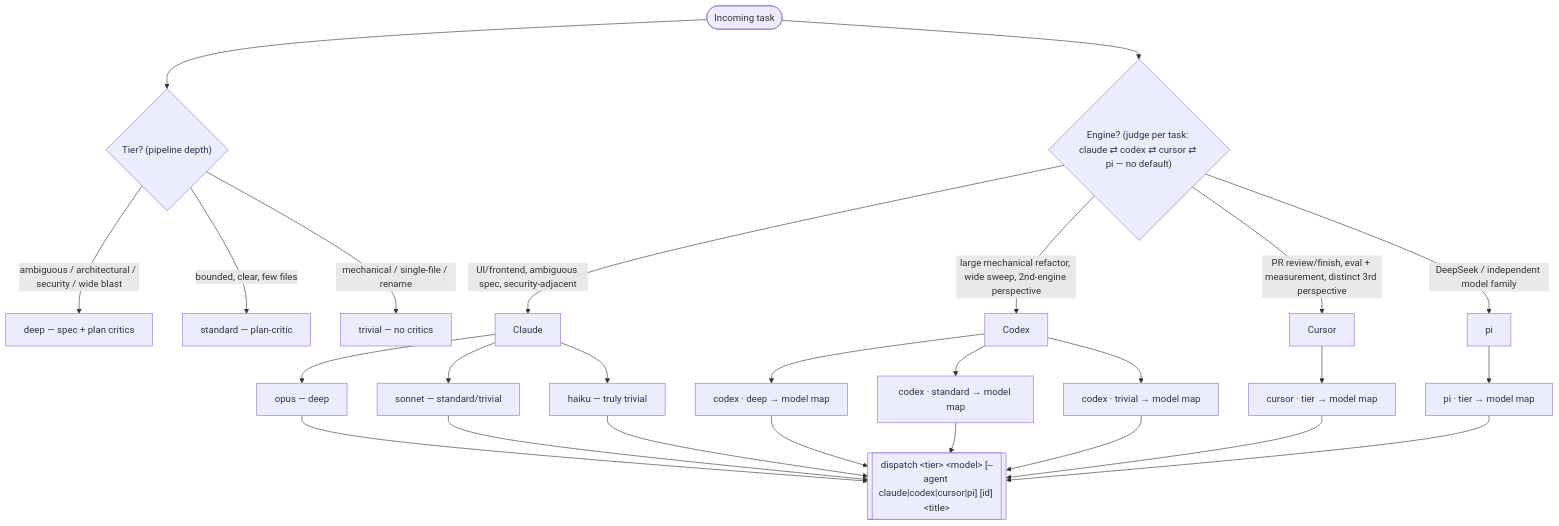
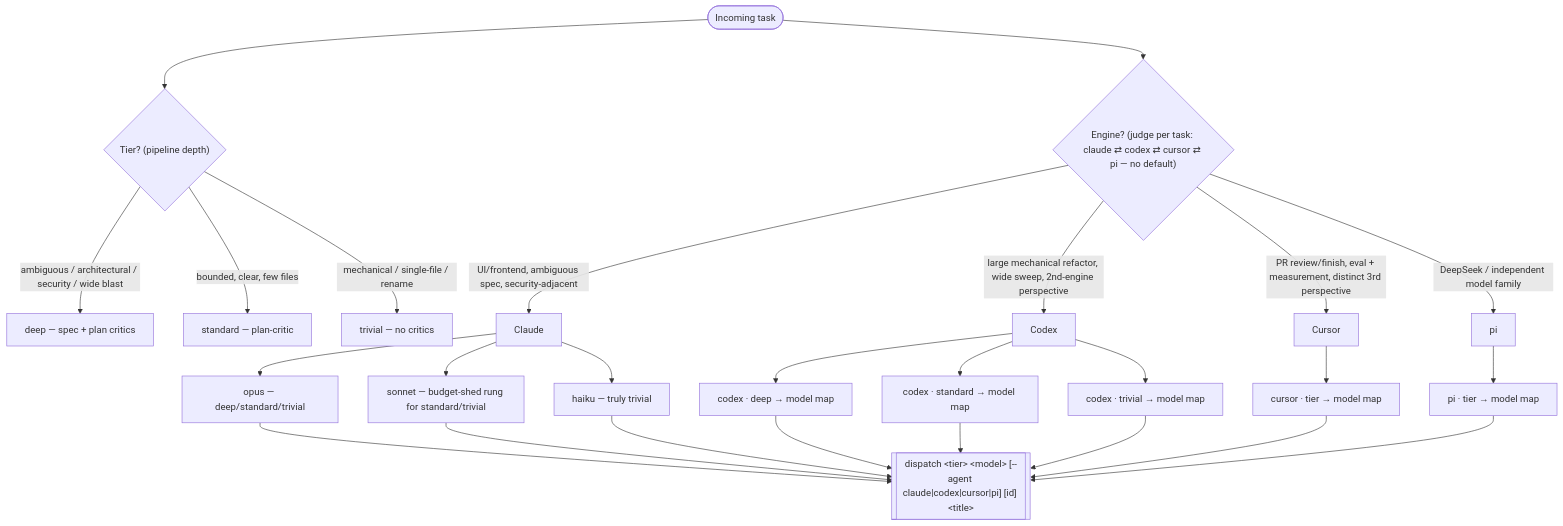
One commit to noamsto/dispatcher changed the diagram in adapters/claude-code/plugin/protocols/dispatch-orchestration.md. Above: the diagram before and after it, drawn with Mermaid. The commit also changed other lines of this file and 15 other files, not shown here.

Commit message:
feat(dispatch): admit opus in claude standard and trivial tier rows (#552)

````diff
--- a/adapters/claude-code/plugin/protocols/dispatch-orchestration.md
+++ b/adapters/claude-code/plugin/protocols/dispatch-orchestration.md
@@ -5,32 +5,32 @@
 ```mermaid
 flowchart TD
     T(["Incoming task"]) --> TIER{"Tier? (pipeline depth)"}
     T --> ENG{"Engine? (judge per task: claude ⇄ codex ⇄ cursor ⇄ pi — no default)"}
 
     TIER -->|"ambiguous / architectural / security / wide blast"| DEEP["deep — spec + plan critics"]
     TIER -->|"bounded, clear, few files"| STD["standard — plan-critic"]
     TIER -->|"mechanical / single-file / rename"| TRIV["trivial — no critics"]
 
     ENG -->|"large mechanical refactor, wide sweep, 2nd-engine perspective"| CODEX["Codex"]
     ENG -->|"UI/frontend, ambiguous spec, security-adjacent"| CLAUDE["Claude"]
     ENG -->|"PR review/finish, eval + measurement, distinct 3rd perspective"| CURSOR["Cursor"]
     ENG -->|"DeepSeek / independent model family"| PI["pi"]
 
-    CLAUDE --> OPUS["opus — deep"]
-    CLAUDE --> SONNET["sonnet — standard/trivial"]
+    CLAUDE --> OPUS["opus — deep/standard/trivial"]
+    CLAUDE --> SONNET["sonnet — budget-shed rung for standard/trivial"]
     CLAUDE --> HAIKU["haiku — truly trivial"]
     CODEX --> GH["codex · deep → model map"]
     CODEX --> GM["codex · standard → model map"]
     CODEX --> GL["codex · trivial → model map"]
     CURSOR --> CU["cursor · tier → model map"]
     PI --> PM["pi · tier → model map"]
 
     OPUS --> D[["dispatch &lt;tier&gt; &lt;model&gt; [--agent claude|codex|cursor|pi] [id] &lt;title&gt;"]]
     SONNET --> D
     HAIKU --> D
     GH --> D
     GM --> D
     GL --> D
     CU --> D
     PM --> D
 ```
````
